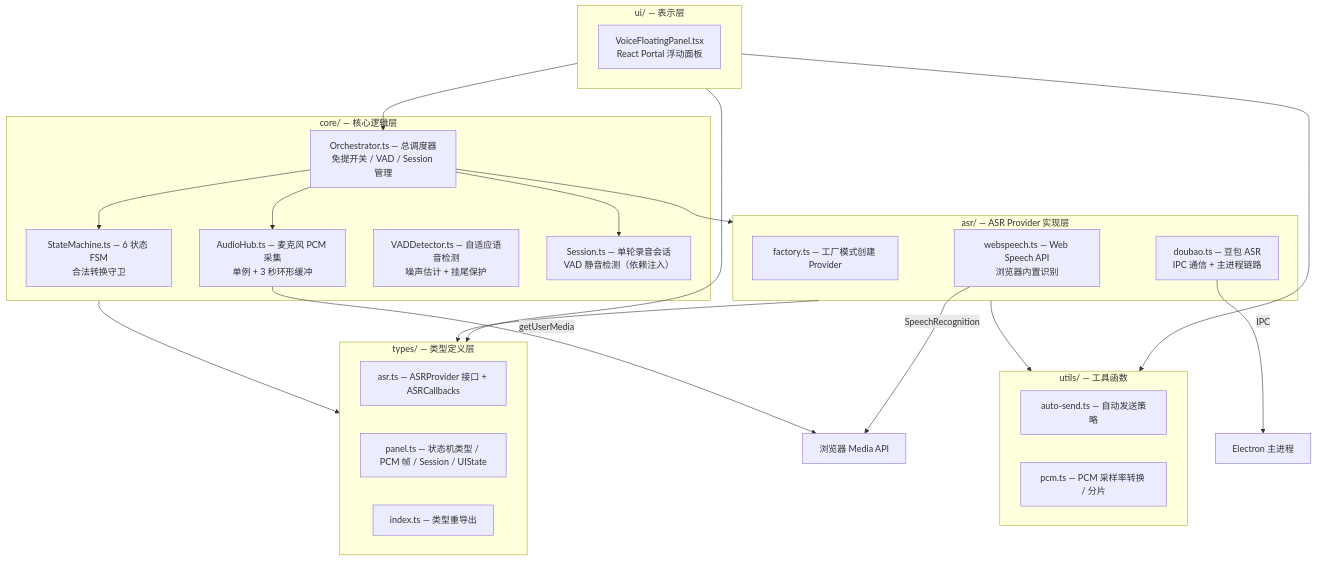
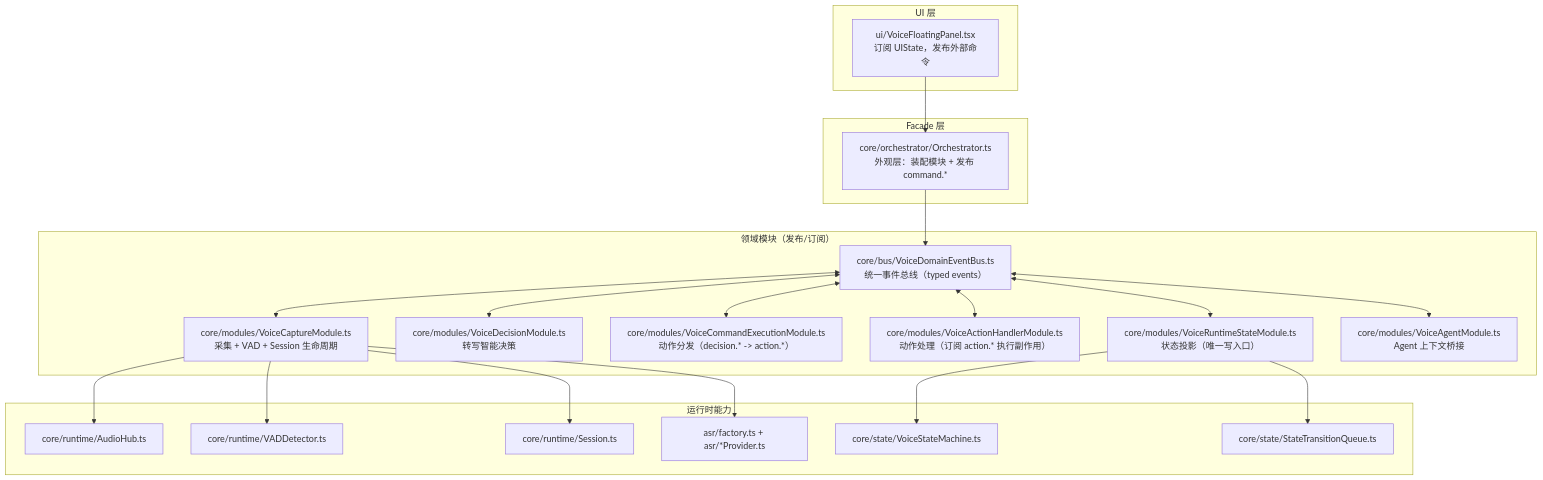
The first of 3 diagrams in apps/electron/src/renderer/components/voice-dictation/CLAUDE.md (yjzaaa/porma_v1), drawn with Mermaid before and after one commit. The commit also changed other lines of this file and 53 other files, not shown here.

````diff
--- a/apps/electron/src/renderer/components/voice-dictation/CLAUDE.md
+++ b/apps/electron/src/renderer/components/voice-dictation/CLAUDE.md
@@ -7,48 +8,47 @@
 ```mermaid
 flowchart TB
-    subgraph types["types/ — 类型定义层"]
-        asr_t["asr.ts — ASRProvider 接口 + ASRCallbacks"]
-        panel_t["panel.ts — 状态机类型 / PCM 帧 / Session / UIState"]
-        idx_t["index.ts — 类型重导出"]
+    subgraph ui["UI 层"]
+        panel["ui/VoiceFloatingPanel.tsx<br/>订阅 UIState，发布外部命令"]
     end
 
-    subgraph asr["asr/ — ASR Provider 实现层"]
-        factory["factory.ts — 工厂模式创建 Provider"]
-        webspeech["webspeech.ts — Web Speech API<br/>浏览器内置识别"]
-        doubao["doubao.ts — 豆包 ASR<br/>IPC 通信 + 主进程链路"]
+    subgraph facade["Facade 层"]
+        orch["core/orchestrator/Orchestrator.ts<br/>外观层：装配模块 + 发布 command.*"]
     end
 
-    subgraph core["core/ — 核心逻辑层"]
-        sm["StateMachine.ts — 6 状态 FSM<br/>合法转换守卫"]
-        hub["AudioHub.ts — 麦克风 PCM 采集<br/>单例 + 3 秒环形缓冲"]
-        vad_d["VADDetector.ts — 自适应语音检测<br/>噪声估计 + 挂尾保护"]
-        session["Session.ts — 单轮录音会话<br/>VAD 静音检测（依赖注入）"]
-        orch["Orchestrator.ts — 总调度器<br/>免提开关 / VAD / Session 管理"]
+    subgraph domain["领域模块（发布/订阅）"]
+        bus["core/bus/VoiceDomainEventBus.ts<br/>统一事件总线（typed events）"]
+        capture["core/modules/VoiceCaptureModule.ts<br/>采集 + VAD + Session 生命周期"]
+        decision["core/modules/VoiceDecisionModule.ts<br/>转写智能决策"]
+        command["core/modules/VoiceCommandExecutionModule.ts<br/>动作分发（decision.* -> action.*）"]
+        action["core/modules/VoiceActionHandlerModule.ts<br/>动作处理（订阅 action.* 执行副作用）"]
+        state["core/modules/VoiceRuntimeStateModule.ts<br/>状态投影（唯一写入口）"]
+        agent["core/modules/VoiceAgentModule.ts<br/>Agent 上下文桥接"]
     end
 
-    subgraph ui["ui/ — 表示层"]
-        panel["VoiceFloatingPanel.tsx<br/>React Portal 浮动面板"]
+    subgraph runtime["运行时能力"]
+        audio["core/runtime/AudioHub.ts"]
+        vad["core/runtime/VADDetector.ts"]
+        session["core/runtime/Session.ts"]
+        fsm["core/state/VoiceStateMachine.ts"]
+        queue["core/state/StateTransitionQueue.ts"]
+        asr["asr/factory.ts + asr/*Provider.ts"]
     end
 
-    subgraph utils["utils/ — 工具函数"]
-        auto["auto-send.ts — 自动发送策略"]
-        pcm["pcm.ts — PCM 采样率转换 / 分片"]
-    end
+    panel --> orch
+    orch --> bus
 
-    %% 依赖关系
-    core --> types
-    asr --> types
-    asr --> utils
-    orch --> sm
-    orch --> hub
-    orch --> session
-    orch --> asr
-    ui --> orch
-    ui --> types
-    ui --> utils
+    bus <--> capture
+    bus <--> decision
+    bus <--> command
+    bus <--> action
+    bus <--> state
+    bus <--> agent
 
-    %% 外部依赖
-    hub -->|"getUserMedia"| Browser["浏览器 Media API"]
-    doubao -->|"IPC"| MainProcess["Electron 主进程"]
-    webspeech -->|"SpeechRecognition"| Browser
+    capture --> audio
+    capture --> vad
+    capture --> session
+    capture --> asr
+
+    state --> fsm
+    state --> queue
 ```
````
